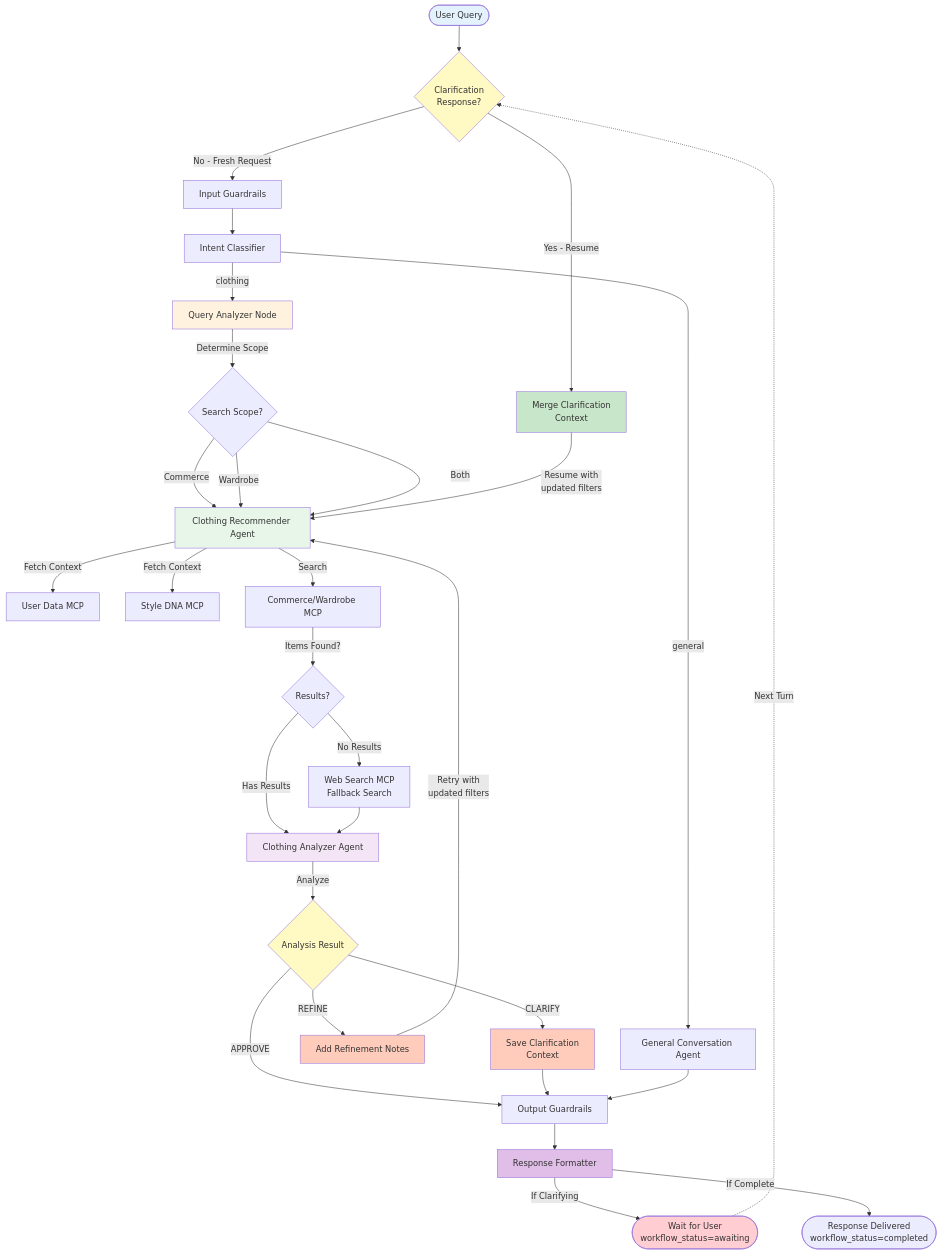
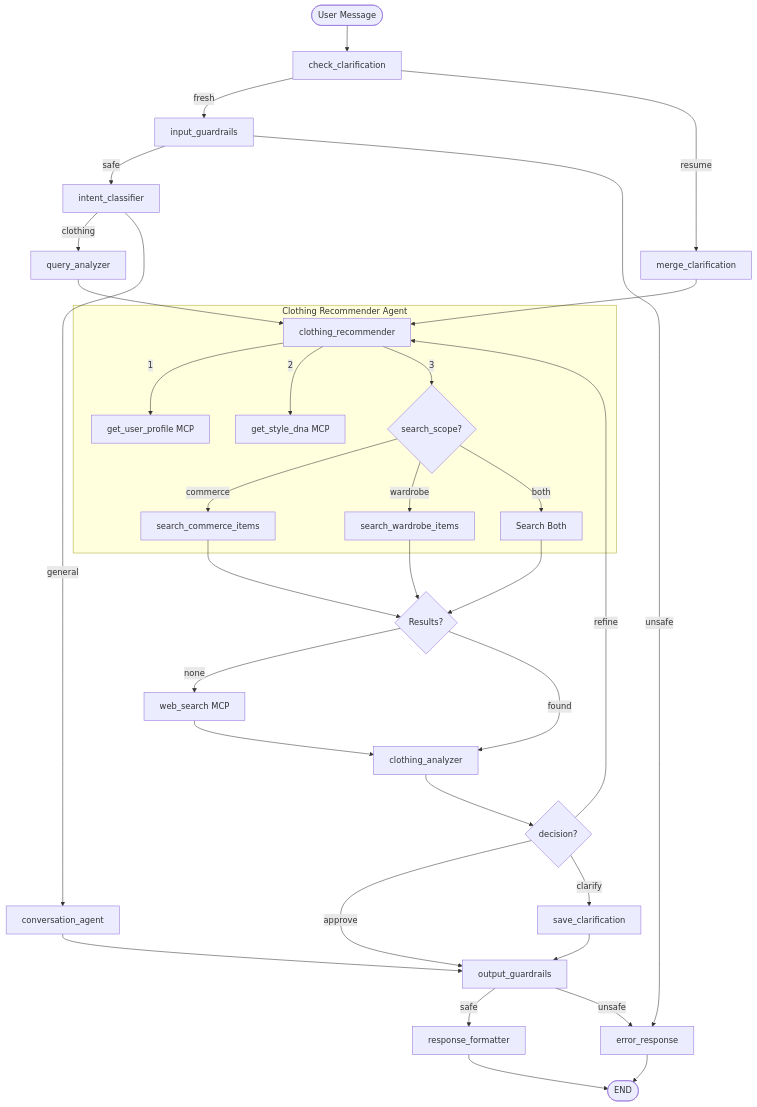
The second of 9 diagrams in python_engine/docs/MULTI_AGENT_FLOW_DIAGRAM.md (brscn2/aesthetiq), drawn with Mermaid before and after one commit. The commit also changed other lines of this file and 2 other files, not shown here.

````diff
--- a/python_engine/docs/MULTI_AGENT_FLOW_DIAGRAM.md
+++ b/python_engine/docs/MULTI_AGENT_FLOW_DIAGRAM.md
@@ -85,59 +92,48 @@
 ```mermaid
 graph TB
-    Start([User Query]) --> CheckClarify{Clarification<br/>Response?}
+    Start([User Message]) --> CheckClarify[check_clarification]
     
-    CheckClarify -->|No - Fresh Request| IG[Input Guardrails]
-    CheckClarify -->|Yes - Resume| Merge[Merge Clarification<br/>Context]
+    CheckClarify -->|fresh| IG[input_guardrails]
+    CheckClarify -->|resume| Merge[merge_clarification]
     
-    IG --> IC[Intent Classifier]
-    IC -->|clothing| QA[Query Analyzer Node]
-    IC -->|general| GCA[General Conversation Agent]
+    IG -->|safe| IC[intent_classifier]
+    IG -->|unsafe| Error[error_response]
     
-    QA -->|Determine Scope| Scope{Search Scope?}
+    IC -->|clothing| QA[query_analyzer]
+    IC -->|general| GCA[conversation_agent]
     
-    Scope -->|Commerce| CRA[Clothing Recommender Agent]
-    Scope -->|Wardrobe| CRA
-    Scope -->|Both| CRA
+    QA --> CRA[clothing_recommender]
+    Merge --> CRA
     
-    Merge -->|Resume with<br/>updated filters| CRA
+    subgraph recommender [Clothing Recommender Agent]
+        CRA -->|1| FetchProfile[get_user_profile MCP]
+        CRA -->|2| FetchDNA[get_style_dna MCP]
+        CRA -->|3| Search{search_scope?}
+        Search -->|commerce| SearchComm[search_commerce_items]
+        Search -->|wardrobe| SearchWard[search_wardrobe_items]
+        Search -->|both| SearchBoth[Search Both]
+    end
     
-    CRA -->|Fetch Context| UD[User Data MCP]
-    CRA -->|Fetch Context| SD[Style DNA MCP]
-    CRA -->|Search| MCP[Commerce/Wardrobe MCP]
+    SearchComm --> CheckResults{Results?}
+    SearchWard --> CheckResults
+    SearchBoth --> CheckResults
     
-    MCP -->|Items Found?| Check1{Results?}
+    CheckResults -->|none| Fallback[web_search MCP]
+    CheckResults -->|found| CAA[clothing_analyzer]
+    Fallback --> CAA
     
-    Check1 -->|No Results| WSS[Web Search MCP<br/>Fallback Search]
-    Check1 -->|Has Results| CAA[Clothing Analyzer Agent]
-    WSS --> CAA
+    CAA --> Analysis{decision?}
     
-    CAA -->|Analyze| Analysis{Analysis Result}
-    
-    Analysis -->|APPROVE| OG[Output Guardrails]
-    Analysis -->|REFINE| Notes[Add Refinement Notes]
-    Analysis -->|CLARIFY| SaveCtx[Save Clarification<br/>Context]
-    
-    Notes -->|Retry with<br/>updated filters| CRA
+    Analysis -->|approve| OG[output_guardrails]
+    Analysis -->|refine| CRA
+    Analysis -->|clarify| SaveCtx[save_clarification]
     
     SaveCtx --> OG
-    
-    OG --> RF[Response Formatter]
     GCA --> OG
     
-    RF -->|If Clarifying| WaitUser([Wait for User<br/>workflow_status=awaiting])
-    RF -->|If Complete| End([Response Delivered<br/>workflow_status=completed])
+    OG -->|safe| RF[response_formatter]
+    OG -->|unsafe| Error
     
-    WaitUser -.->|Next Turn| CheckClarify
-    
-    style Start fill:#e3f2fd
-    style CheckClarify fill:#fff9c4
-    style Merge fill:#c8e6c9
-    style QA fill:#fff3e0
-    style CRA fill:#e8f5e9
-    style CAA fill:#f3e5f5
-    style RF fill:#e1bee7
-    style Analysis fill:#fff9c4
-    style Notes fill:#ffccbc
-    style SaveCtx fill:#ffccbc
-    style WaitUser fill:#ffcdd2
+    RF --> EndNode([END])
+    Error --> EndNode
 ```
````
